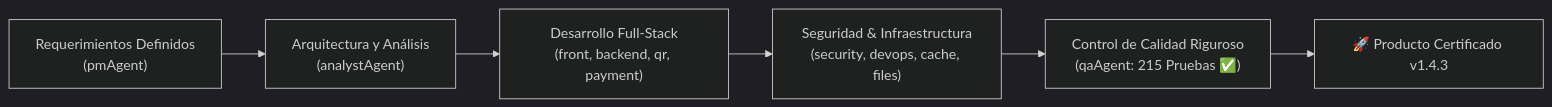
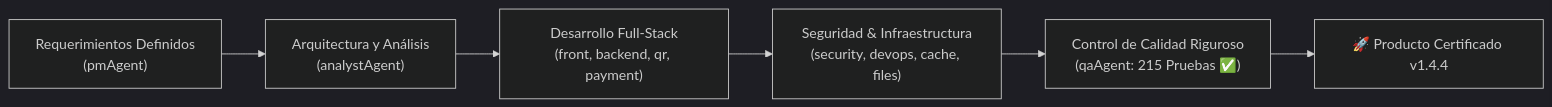
One commit to paolapaz202504/QRgenerator changed the diagram in PROJECT_STATUS_QRGENERATOR.md. Above: the diagram before and after it, drawn with Mermaid (dark theme). The commit also changed other lines of this file and 12 other files, not shown here.

````diff
--- a/PROJECT_STATUS_QRGENERATOR.md
+++ b/PROJECT_STATUS_QRGENERATOR.md
@@ -12,8 +12,8 @@
 ```mermaid
 flowchart LR
     A["Requerimientos Definidos\n(pmAgent)"] --> B["Arquitectura y Análisis\n(analystAgent)"]
     B --> C["Desarrollo Full-Stack\n(front, backend, qr, payment)"]
     C --> D["Seguridad & Infraestructura\n(security, devops, cache, files)"]
     D --> E["Control de Calidad Riguroso\n(qaAgent: 215 Pruebas ✅)"]
-    E --> F["🚀 Producto Certificado v1.4.3"]
+    E --> F["🚀 Producto Certificado v1.4.4"]
 ```
````
